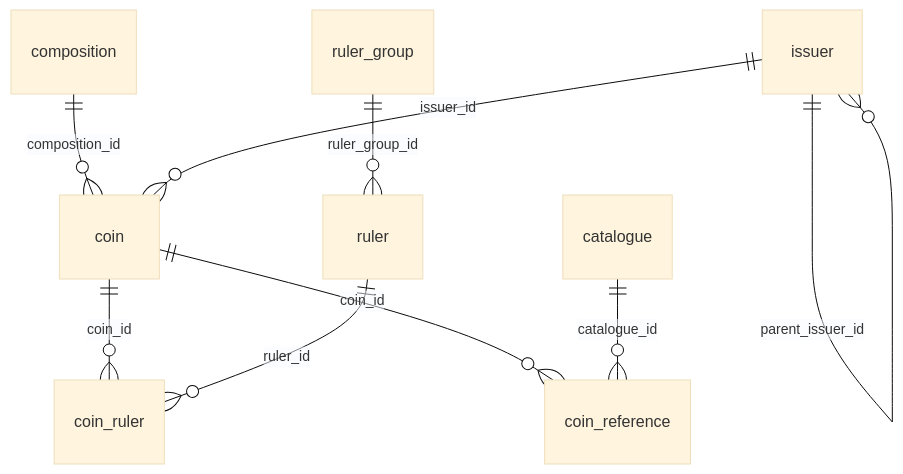
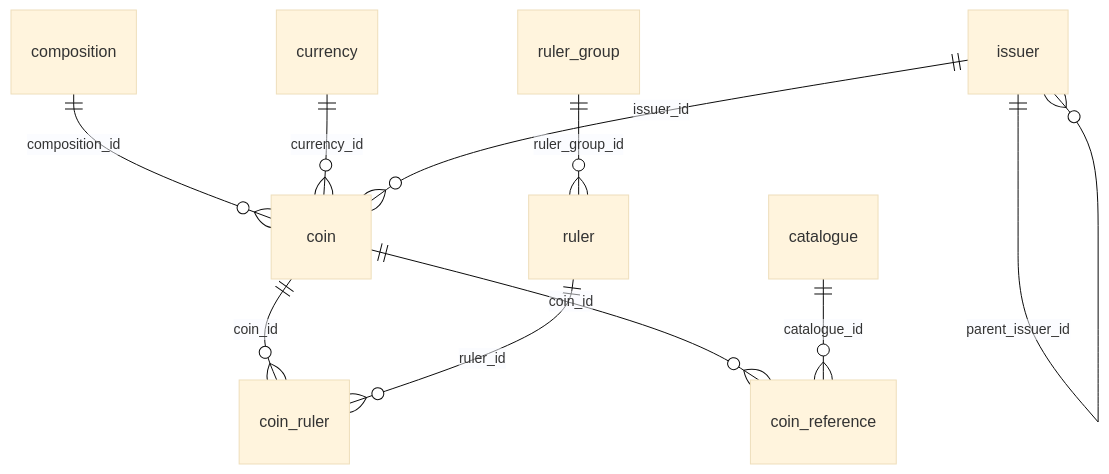
The diagram in packages/db/README.md (AgustinLarzabal/coin-archive), drawn with Mermaid (base theme) before and after one commit. The commit also changed other lines of this file and 11 other files, not shown here.

````diff
--- a/packages/db/README.md
+++ b/packages/db/README.md
@@ -50,11 +54,12 @@
 ```mermaid
 erDiagram
   composition ||--o{ coin : "composition_id"
+  currency ||--o{ coin : "currency_id"
   issuer ||--o{ issuer : "parent_issuer_id"
   issuer ||--o{ coin : "issuer_id"
   coin ||--o{ coin_ruler : "coin_id"
   ruler ||--o{ coin_ruler : "ruler_id"
   ruler_group ||--o{ ruler : "ruler_group_id"
   coin ||--o{ coin_reference : "coin_id"
   catalogue ||--o{ coin_reference : "catalogue_id"
 ```
````
